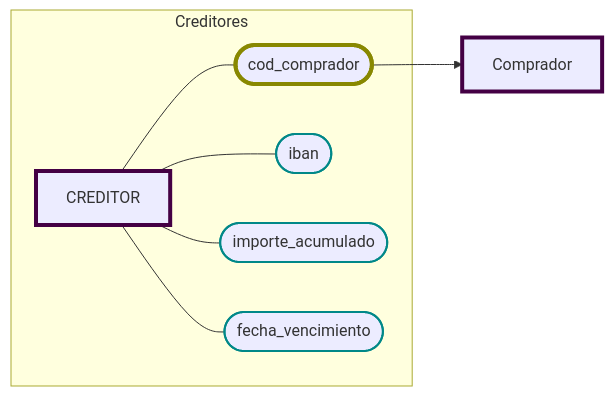
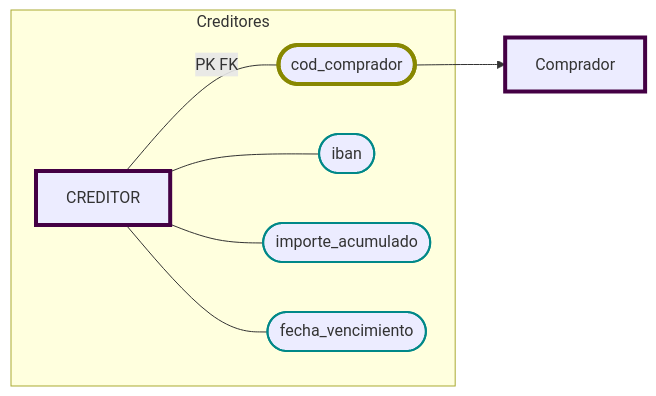
The seventh of 13 diagrams in DataBases/lonja_DB.md (JulTob/Data), drawn with Mermaid before and after one commit. The commit also changed other lines of this file, not shown here.

````diff
--- a/DataBases/lonja_DB.md
+++ b/DataBases/lonja_DB.md
@@ -246,23 +247,23 @@
 ```mermaid
 flowchart LR
   classDef atributo stroke:#088,stroke-width:2px;
   classDef derivado stroke-width:3px, stroke-dasharray:3 3;
   classDef pk stroke:#800,stroke-width:4px;
   classDef fk stroke:#080,stroke-width:4px;
   classDef entidad stroke:#404,stroke-width:4px;
   classDef pkfk stroke:#880,stroke-width:4px;
 
   %% Atributos CREDITOR
   subgraph Creditores
     Creditor[CREDITOR]:::entidad
-    Creditor --- cod_comprador([cod_comprador]):::pkfk 
+    Creditor ---|PK FK| cod_comprador([cod_comprador]):::pkfk 
     Creditor --- iban([iban]):::atributo
     Creditor --- importe_acumulado([importe_acumulado]):::atributo
     Creditor --- fecha_vencimiento([fecha_vencimiento]):::atributo
     
     end
 
   cod_comprador--> Comprador
   Comprador:::entidad
 
 ```
````
